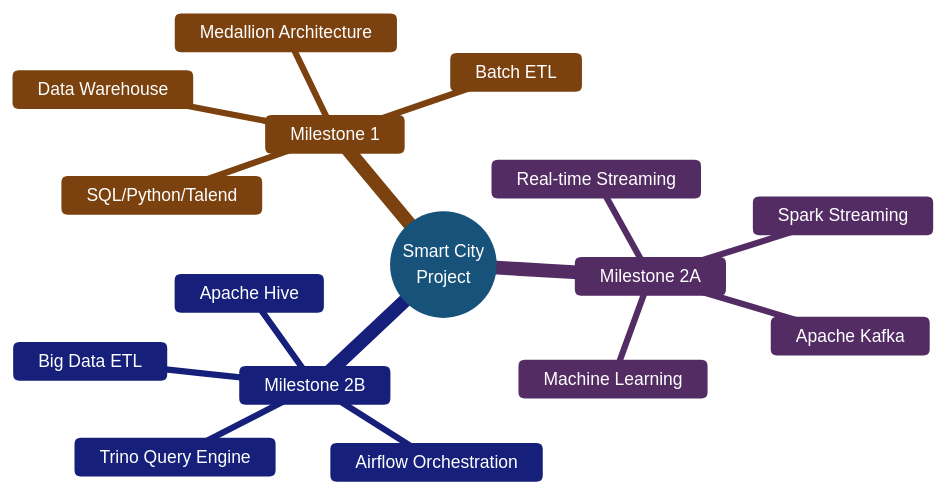
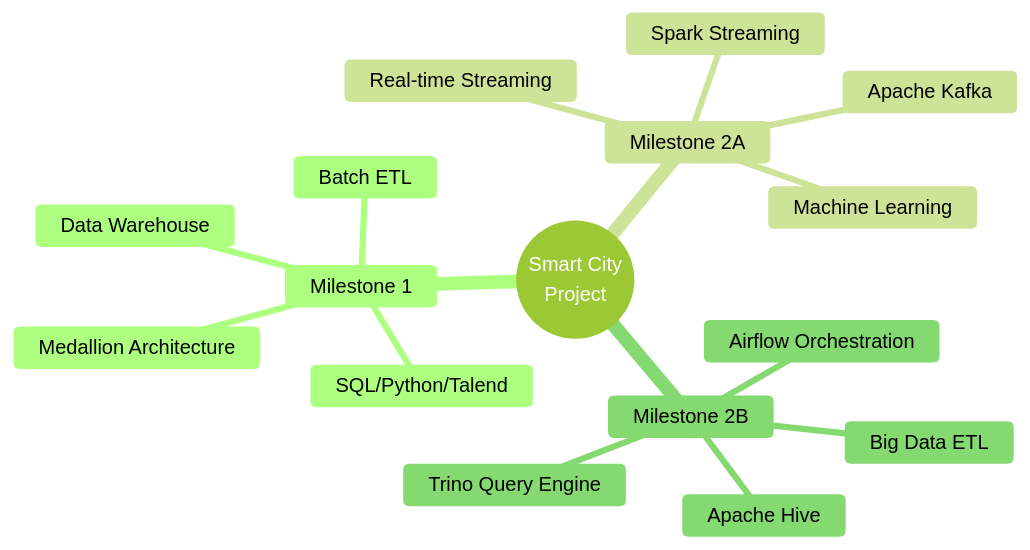
Before and after one commit to elewashy/DEPI: the first of 12 diagrams in SMART_CITY_PROJECT_DOCUMENTATION.md, drawn with Mermaid.

````diff
--- a/SMART_CITY_PROJECT_DOCUMENTATION.md
+++ b/SMART_CITY_PROJECT_DOCUMENTATION.md
@@ -61,20 +61,20 @@
 ```mermaid
-%%{init: {'theme': 'base', 'themeVariables': {'primaryColor': '#3498DB', 'primaryTextColor': '#ffffff', 'primaryBorderColor': '#2980B9', 'secondaryColor': '#E67E22', 'secondaryTextColor': '#000000', 'tertiaryColor': '#9B59B6', 'tertiaryTextColor': '#ffffff', 'lineColor': '#2C3E50', 'fontFamily': 'arial', 'fontSize': '14px'}}}%%
+%%{init: {'theme': 'forest'}}%%
 mindmap
   root((Smart City<br/>Project))
     Milestone 1
       Batch ETL
       Data Warehouse
       Medallion Architecture
       SQL/Python/Talend
     Milestone 2A
       Real-time Streaming
       Apache Kafka
       Spark Streaming
       Machine Learning
     Milestone 2B
       Big Data ETL
       Apache Hive
       Trino Query Engine
       Airflow Orchestration
 ```
````
